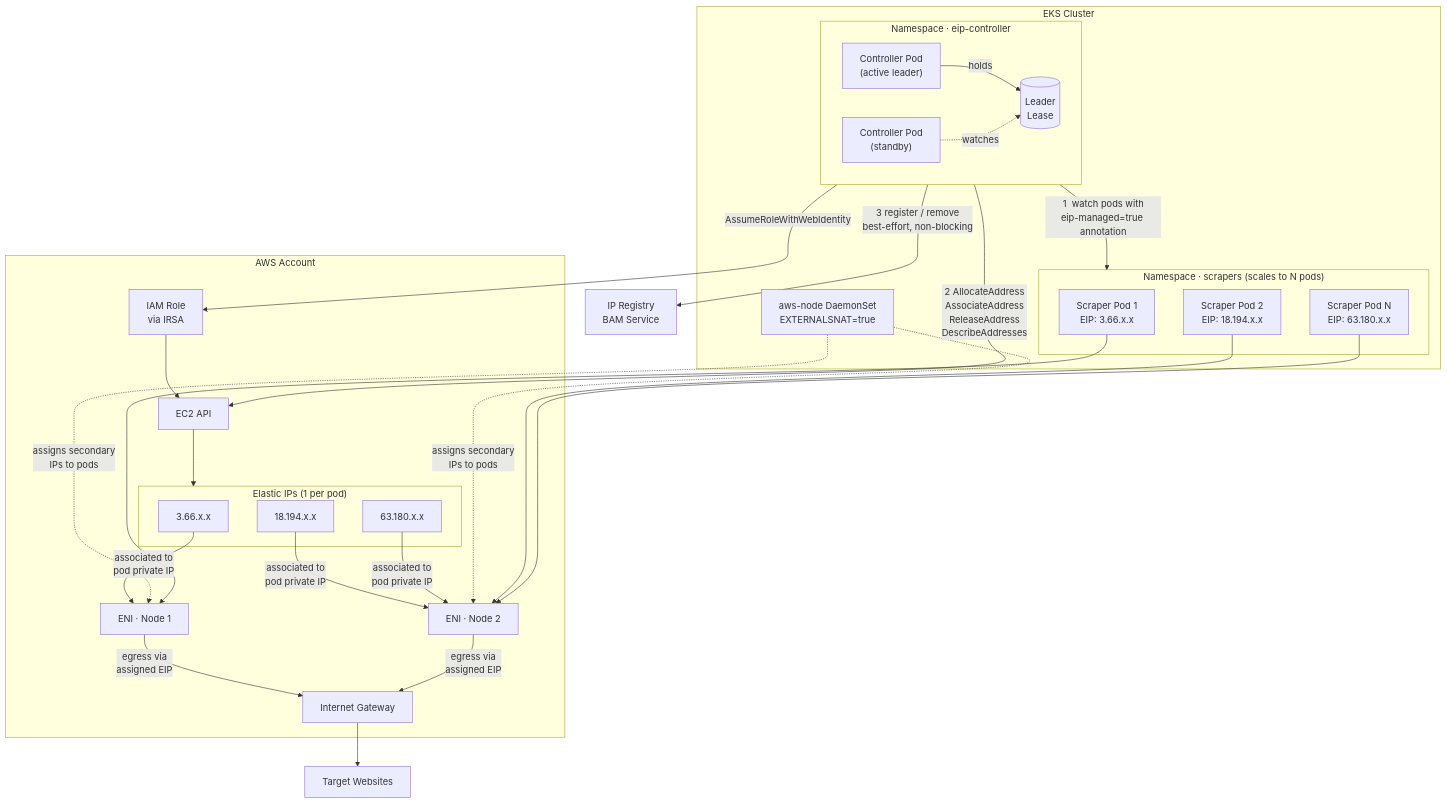
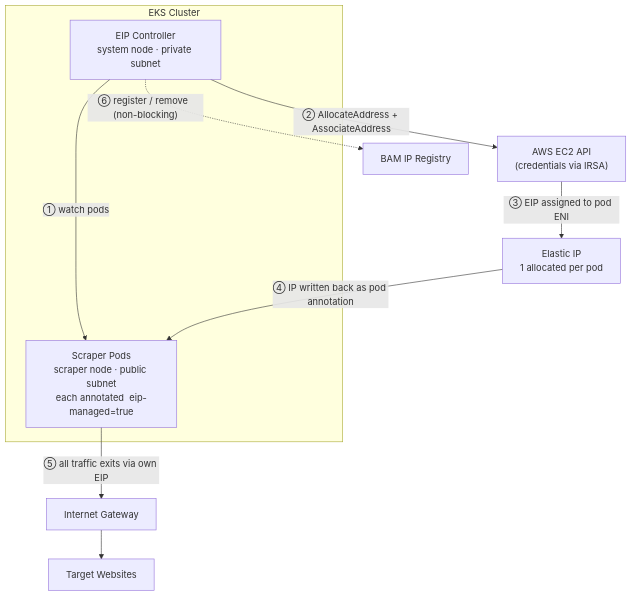
One commit to ronakforcast/eip-controller-helm changed the diagram in README.md. Above: the diagram before and after it, drawn with Mermaid.

Commit message:
docs: simplify architecture diagram to a clean numbered flow
Replace the dense nested-subgraph mermaid with a 7-node top-down
flowchart showing the ①–⑥ steps from pod annotation to EIP egress.

````diff
--- a/README.md
+++ b/README.md
@@ -7,53 +7,21 @@
 ```mermaid
-flowchart TB
+flowchart TD
     subgraph EKS["EKS Cluster"]
-        subgraph CTRL_NS["Namespace · eip-controller"]
-            direction LR
-            CA["Controller Pod\n(active leader)"]
-            CS["Controller Pod\n(standby)"]
-            LL[("Leader\nLease")]
-            CA -- holds --> LL
-            CS -. watches .-> LL
-        end
-
-        subgraph SCRAPER_NS["Namespace · scrapers  (scales to N pods)"]
-            P1["Scraper Pod 1\nEIP: 3.66.x.x"]
-            P2["Scraper Pod 2\nEIP: 18.194.x.x"]
-            PN["Scraper Pod N\nEIP: 63.180.x.x"]
-        end
-
-        AWSN["aws-node DaemonSet\nEXTERNALSNAT=true"]
+        CTRL["EIP Controller\nsystem node · private subnet"]
+        PODS["Scraper Pods\nscraper node · public subnet\neach annotated  eip-managed=true"]
     end
 
-    subgraph AWS["AWS Account"]
-        IRSA["IAM Role\nvia IRSA"]
-        EC2["EC2 API"]
+    EC2["AWS EC2 API\n(credentials via IRSA)"]
+    EIP["Elastic IP\n1 allocated per pod"]
+    IGW["Internet Gateway"]
+    WEB["Target Websites"]
+    BAM["BAM IP Registry"]
 
-        subgraph EIPS["Elastic IPs  (1 per pod)"]
-            E1["3.66.x.x"]
-            E2["18.194.x.x"]
-            EN["63.180.x.x"]
-        end
-
-        ENI1["ENI · Node 1"]
-        ENI2["ENI · Node 2"]
-        IGW["Internet Gateway"]
-    end
-
-    BAM["IP Registry\nBAM Service"]
-    WEB["Target Websites"]
-
-    CA -- "1  watch pods with\neip-managed=true annotation" --> SCRAPER_NS
-    CA -- "2  AllocateAddress\nAssociateAddress\nReleaseAddress\nDescribeAddresses" --> EC2
-    CA -- "AssumeRoleWithWebIdentity" --> IRSA
-    IRSA --> EC2
-    EC2 --> EIPS
-    E1 -- "associated to\npod private IP" --> ENI1
-    E2 & EN -- "associated to\npod private IP" --> ENI2
-    AWSN -. "assigns secondary\nIPs to pods" .-> ENI1 & ENI2
-    P1 --> ENI1
-    P2 & PN --> ENI2
-    ENI1 & ENI2 -- "egress via\nassigned EIP" --> IGW
+    CTRL -->|"① watch pods"| PODS
+    CTRL -->|"② AllocateAddress + AssociateAddress"| EC2
+    EC2 -->|"③ EIP assigned to pod ENI"| EIP
+    EIP -->|"④ IP written back as pod annotation"| PODS
+    PODS -->|"⑤ all traffic exits via own EIP"| IGW
     IGW --> WEB
-    CA -- "3  register / remove\nbest-effort, non-blocking" --> BAM
+    CTRL -.->|"⑥ register / remove  (non-blocking)"| BAM
 ```
````
